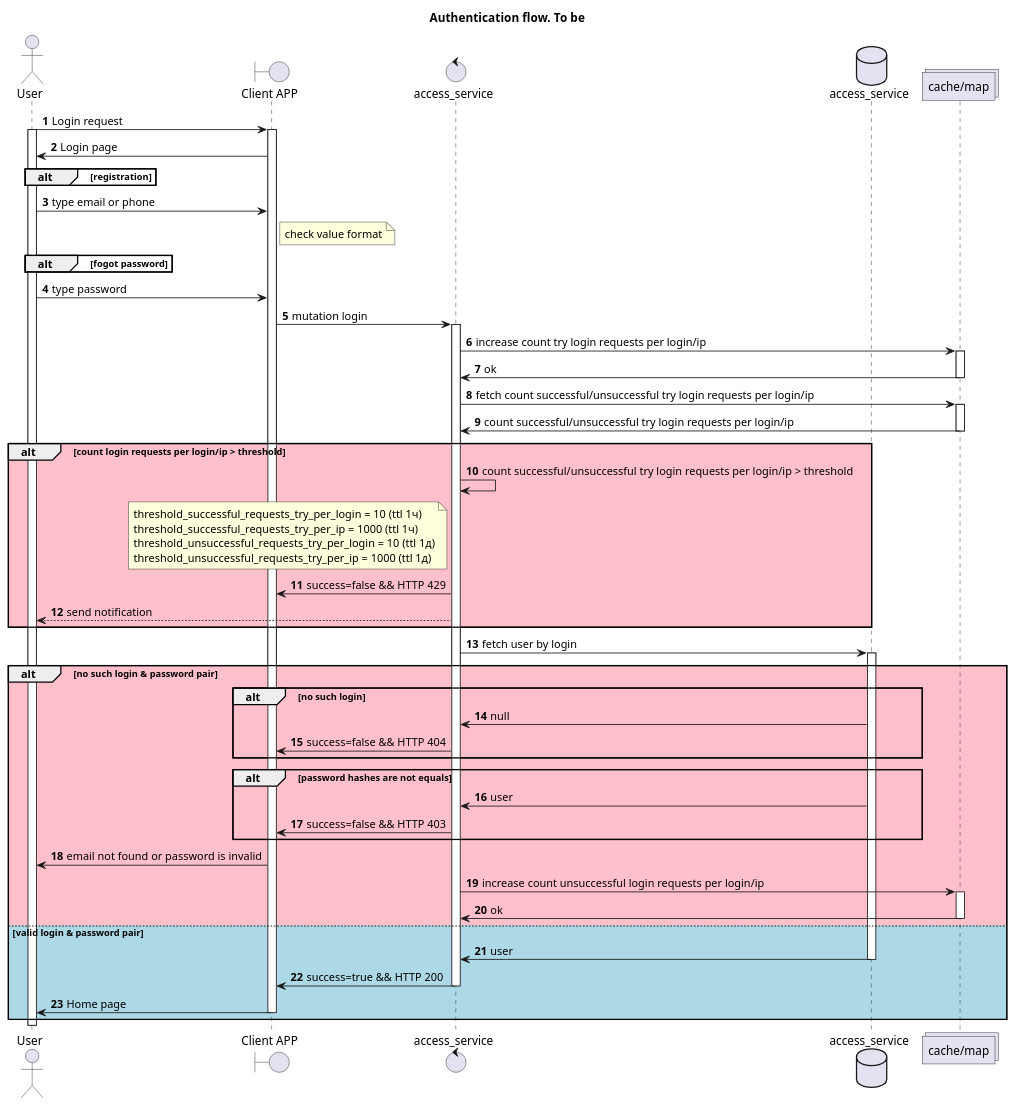
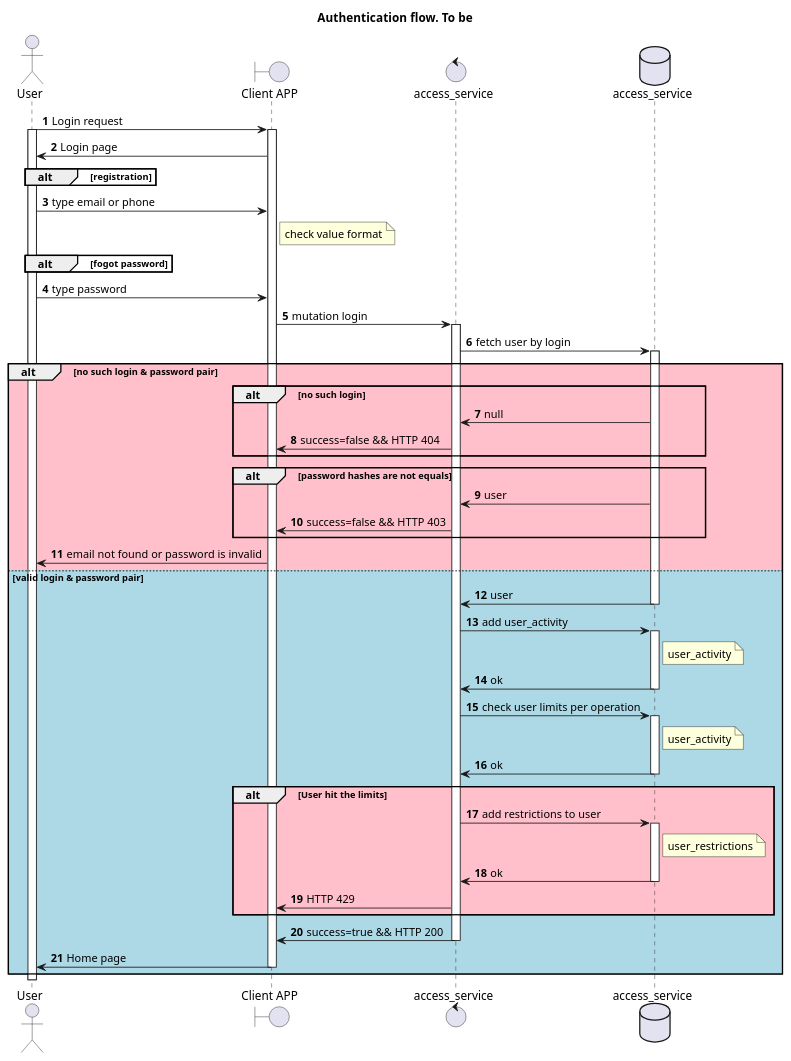
The diagram in schemas/Authentication_flow_as_to_be.puml (algruwork/work), drawn with PlantUML before and after one commit.

```diff
--- a/schemas/Authentication_flow_as_to_be.puml
+++ b/schemas/Authentication_flow_as_to_be.puml
@@ -1,77 +1,77 @@
 @startuml
 title "Authentication flow. To be"
 
 actor User as U
 boundary "Client APP" as GUI
 control "access_service" as AC
 database "access_service" as DB
-collections "cache/map" as MAP
 
 autonumber
 
 U -> GUI: Login request
 activate U
 activate GUI
 GUI -> U: Login page
 
 alt registration
 end
 U -> GUI: type email or phone
 note right GUI
 check value format
 end note
 alt fogot password
 end
 U -> GUI: type password
 GUI -> AC: mutation login
 activate AC
 
-AC -> MAP: increase count try login requests per login/ip
-activate MAP
-MAP -> AC: ok
-deactivate MAP
-
-
-AC -> MAP: fetch count successful/unsuccessful try login requests per login/ip
-activate MAP
-AC <- MAP: count successful/unsuccessful try login requests per login/ip
-deactivate MAP
-alt #Pink count login requests per login/ip > threshold
-AC -> AC: count successful/unsuccessful try login requests per login/ip > threshold
-note left AC
-threshold_successful_requests_try_per_login = 10 (ttl 1ч)
-threshold_successful_requests_try_per_ip = 1000 (ttl 1ч)
-threshold_unsuccessful_requests_try_per_login = 10 (ttl 1д)
-threshold_unsuccessful_requests_try_per_ip = 1000 (ttl 1д)
-end note
-AC -> GUI: success=false && HTTP 429
-AC --> U: send notification
-end
-
 AC -> DB: fetch user by login
 activate DB
 alt #Pink no such login & password pair
 alt no such login
 DB -> AC: null
 AC -> GUI: success=false && HTTP 404
 end
 alt password hashes are not equals
 DB -> AC: user
 AC -> GUI: success=false && HTTP 403
 end
 GUI -> U: email not found or password is invalid
-AC -> MAP: increase count unsuccessful login requests per login/ip
-activate MAP
-MAP -> AC: ok
-deactivate MAP
-
 else #LightBlue valid login & password pair
 DB -> AC: user
 deactivate DB
+
+DB <- AC: add user_activity
+activate DB
+note right DB
+user_activity
+end note
+DB -> AC: ok
+deactivate DB
+
+AC -> DB: check user limits per operation
+activate DB
+note right DB
+user_activity
+end note
+DB -> AC: ok
+deactivate DB
+
+alt #Pink User hit the limits
+AC -> DB: add restrictions to user
+activate DB
+note right DB
+user_restrictions
+end note
+DB -> AC: ok
+deactivate DB
+AC -> GUI: HTTP 429
+end
+
 AC -> GUI: success=true && HTTP 200
 deactivate AC
 GUI -> U: Home page
 deactivate GUI
 end
 deactivate U
 @enduml
```
